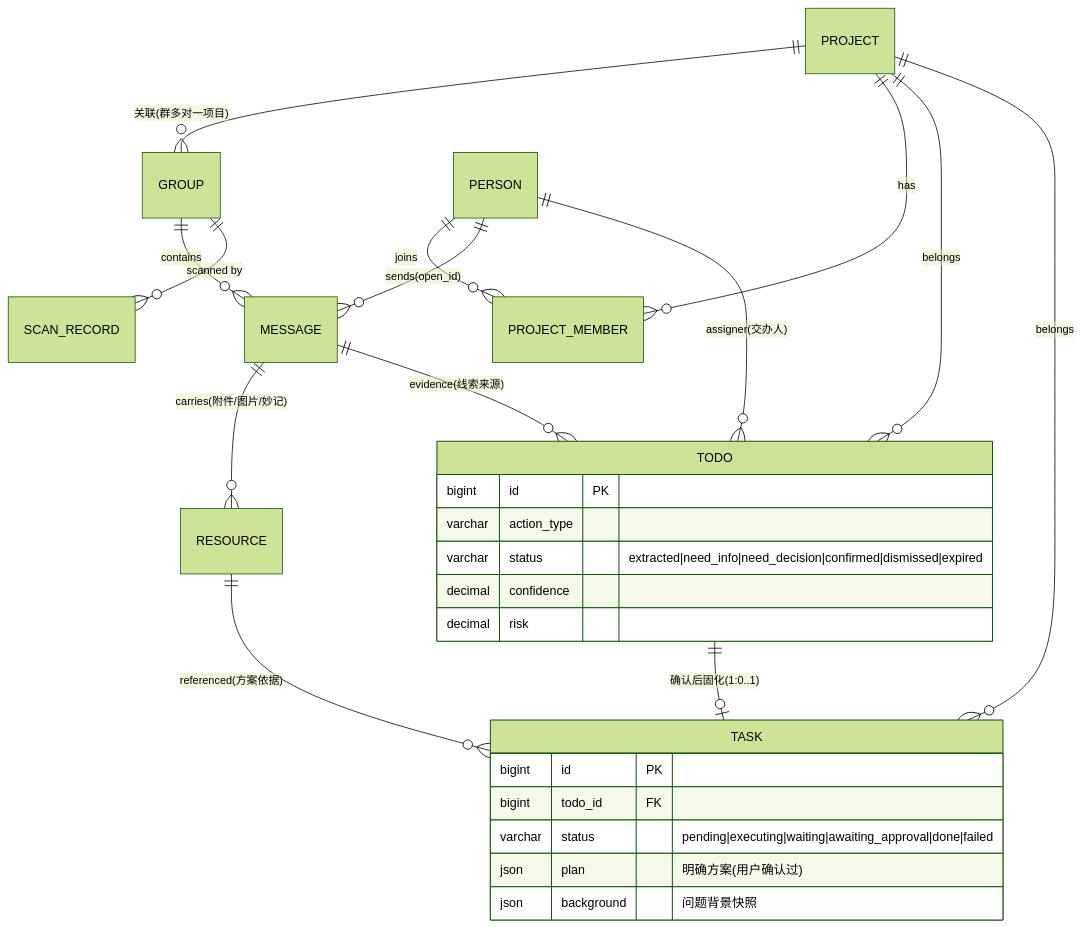
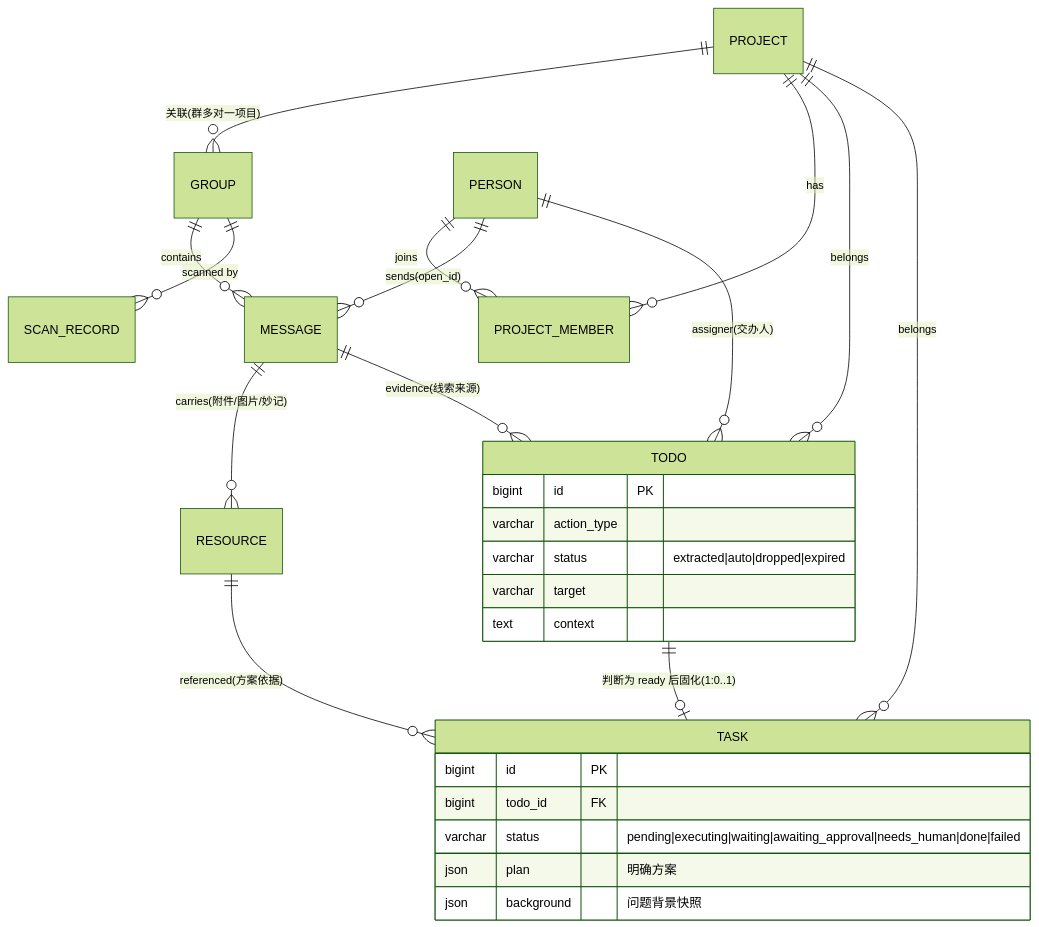
The diagram in docs/00-overview.md (mjscjj/jarvis), drawn with Mermaid (forest theme) before and after one commit. The commit also changed other lines of this file and 79 other files, not shown here.

````diff
--- a/docs/00-overview.md
+++ b/docs/00-overview.md
@@ -78,31 +78,31 @@
 ```mermaid
 erDiagram
     PROJECT ||--o{ GROUP        : "关联(群多对一项目)"
     PROJECT ||--o{ PROJECT_MEMBER : has
     PERSON  ||--o{ PROJECT_MEMBER : joins
     GROUP   ||--o{ MESSAGE       : contains
     GROUP   ||--o{ SCAN_RECORD   : "scanned by"
     PERSON  ||--o{ MESSAGE       : "sends(open_id)"
     MESSAGE ||--o{ RESOURCE      : "carries(附件/图片/妙记)"
     MESSAGE ||--o{ TODO          : "evidence(线索来源)"
     PERSON  ||--o{ TODO          : "assigner(交办人)"
     PROJECT ||--o{ TODO          : belongs
-    TODO    ||--o| TASK          : "确认后固化(1:0..1)"
+    TODO    ||--o| TASK          : "判断为 ready 后固化(1:0..1)"
     PROJECT ||--o{ TASK          : belongs
     RESOURCE ||--o{ TASK         : "referenced(方案依据)"
 
     TODO {
         bigint id PK
         varchar action_type
-        varchar status "extracted|need_info|need_decision|confirmed|dismissed|expired"
-        decimal confidence
-        decimal risk
+        varchar status "extracted|auto|dropped|expired"
+        varchar target
+        text    context
     }
     TASK {
         bigint id PK
         bigint todo_id FK
-        varchar status "pending|executing|waiting|awaiting_approval|done|failed"
-        json   plan "明确方案(用户确认过)"
+        varchar status "pending|executing|waiting|awaiting_approval|needs_human|done|failed"
+        json   plan "明确方案"
         json   background "问题背景快照"
     }
 ```
````
